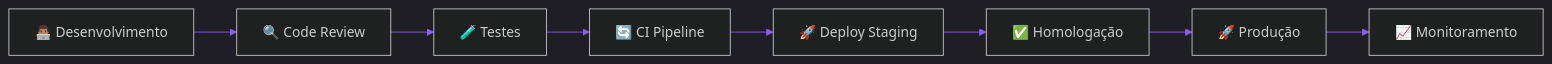
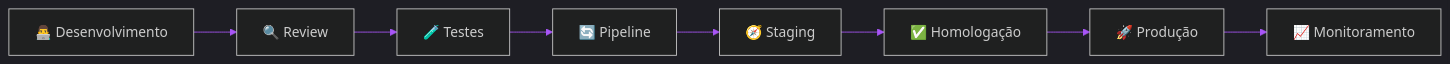
One commit to matheusdiamantino-betalent/questions-ai changed the sixth of 7 diagrams in test.md. Above: the diagram before and after it, drawn with Mermaid. The commit also changed other lines of this file, not shown here.

````diff
--- a/test.md
+++ b/test.md
@@ -569,20 +434,19 @@
 ```mermaid
 %%{init: {
-  'theme': 'dark',
-  'themeVariables': {
-    'background': '#050816',
-    'primaryColor': '#00F5FF',
-    'primaryBorderColor': '#39FF14',
-    'primaryTextColor': '#F8FAFC',
-    'lineColor': '#8B5CF6'
-  }
-}}%%
+'theme':'dark',
+'themeVariables':{
+'background':'#050816',
+'primaryColor':'#06EFFF',
+'primaryTextColor':'#F8FAFC',
+'primaryBorderColor':'#22C55E',
+'lineColor':'#A855F7'
+}}}%%
 flowchart LR
-A[👨🏽‍💻 Desenvolvimento] --> B[🔍 Code Review]
+A[👨‍💻 Desenvolvimento] --> B[🔍 Review]
 B --> C[🧪 Testes]
-C --> D[🔄 CI Pipeline]
-D --> E[🚀 Deploy Staging]
+C --> D[🔄 Pipeline]
+D --> E[🧭 Staging]
 E --> F[✅ Homologação]
 F --> G[🚀 Produção]
 G --> H[📈 Monitoramento]
 ```
````
